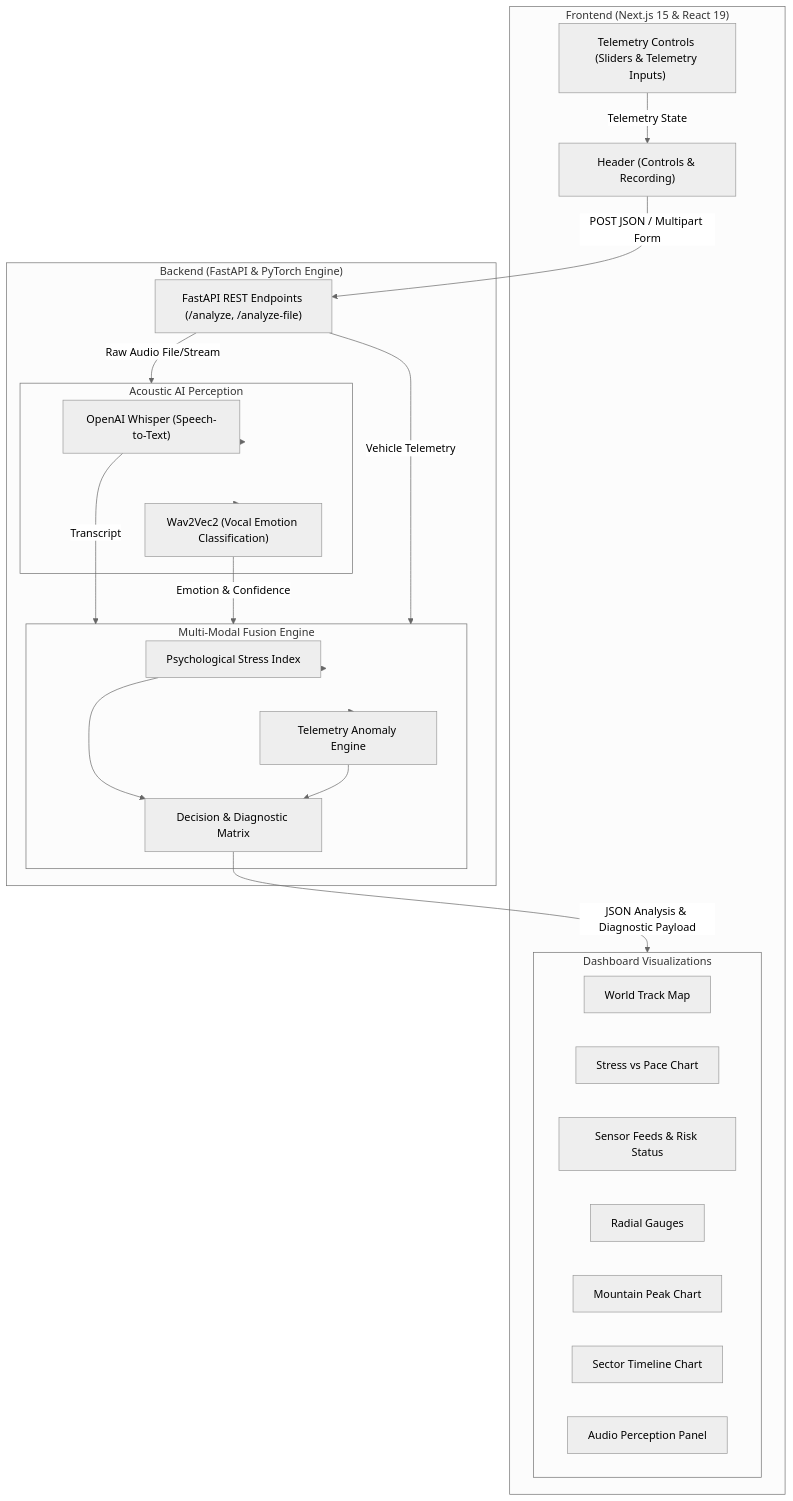
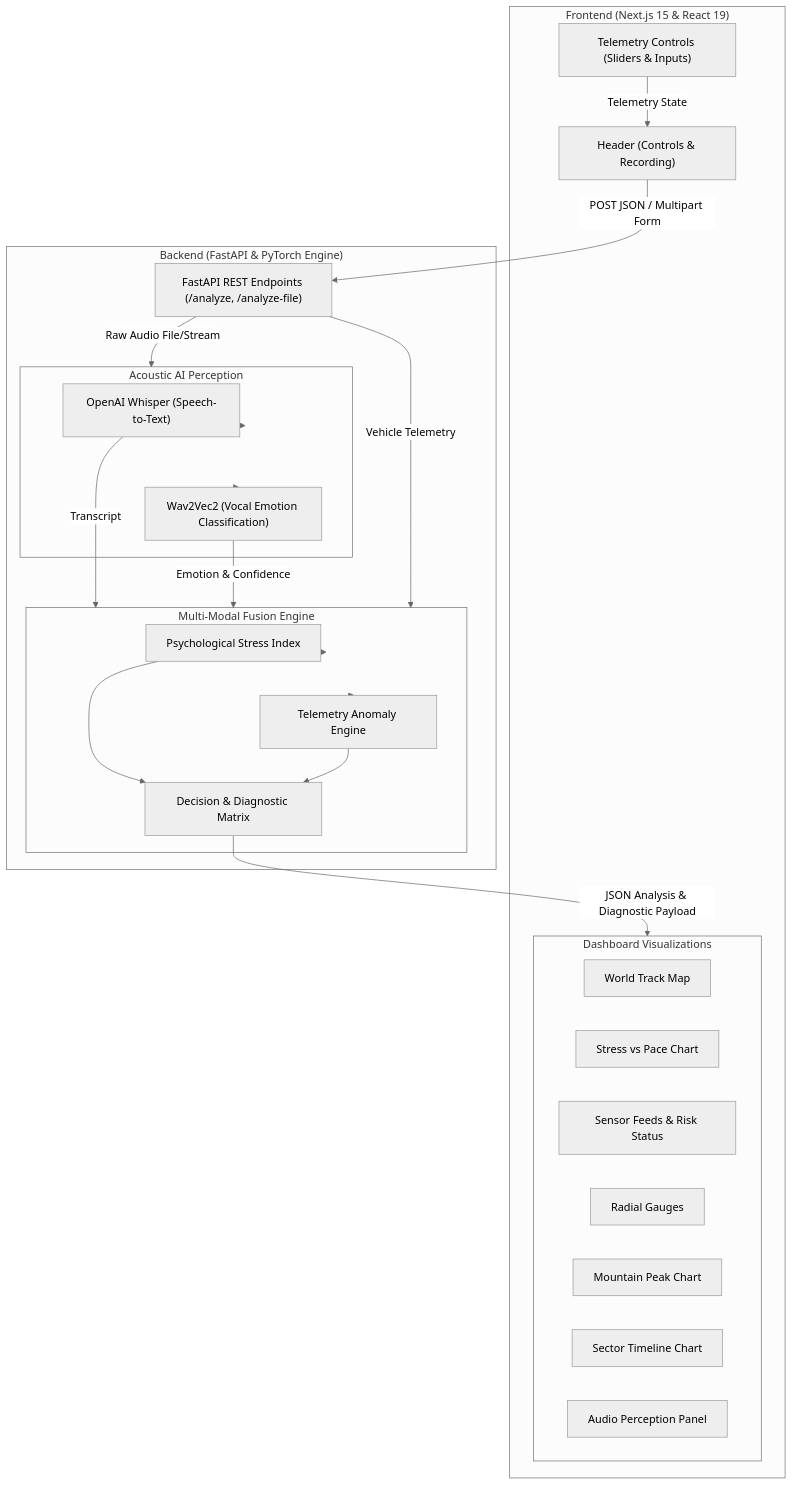
Before and after one commit to Aditsharma12/F1_sense: the first of 3 diagrams in README.md, drawn with Mermaid (neutral theme). The commit also changed other lines of this file, not shown here.

Commit message:
docs: replace mindmap with clean graph LR flowchart

````diff
--- a/README.md
+++ b/README.md
@@ -9,45 +9,45 @@
 ```mermaid
 flowchart TD
     subgraph Frontend["Frontend (Next.js 15 & React 19)"]
         H["Header (Controls & Recording)"]
-        TC["Telemetry Controls (Sliders & Telemetry Inputs)"]
+        TC["Telemetry Controls (Sliders & Inputs)"]
         
         subgraph Visualization["Dashboard Visualizations"]
             TM["World Track Map"]
             SPC["Stress vs Pace Chart"]
             SF["Sensor Feeds & Risk Status"]
             RG["Radial Gauges"]
             MPC["Mountain Peak Chart"]
             STC["Sector Timeline Chart"]
             APP["Audio Perception Panel"]
         end
     end
 
     subgraph Backend["Backend (FastAPI & PyTorch Engine)"]
         API["FastAPI REST Endpoints (/analyze, /analyze-file)"]
         
         subgraph Perception["Acoustic AI Perception"]
             W["OpenAI Whisper (Speech-to-Text)"]
             W2V["Wav2Vec2 (Vocal Emotion Classification)"]
         end
         
         subgraph FusionEngine["Multi-Modal Fusion Engine"]
             PSI["Psychological Stress Index"]
             AE["Telemetry Anomaly Engine"]
             DM["Decision & Diagnostic Matrix"]
         end
     end
 
     TC -->|"Telemetry State"| H
     H -->|"POST JSON / Multipart Form"| API
     API -->|"Raw Audio File/Stream"| Perception
     Perception --> W
     Perception --> W2V
     W -->|"Transcript"| FusionEngine
     W2V -->|"Emotion & Confidence"| FusionEngine
     API -->|"Vehicle Telemetry"| FusionEngine
     FusionEngine --> PSI
     FusionEngine --> AE
     PSI & AE --> DM
     DM -->|"JSON Analysis & Diagnostic Payload"| Visualization
 ```
````
